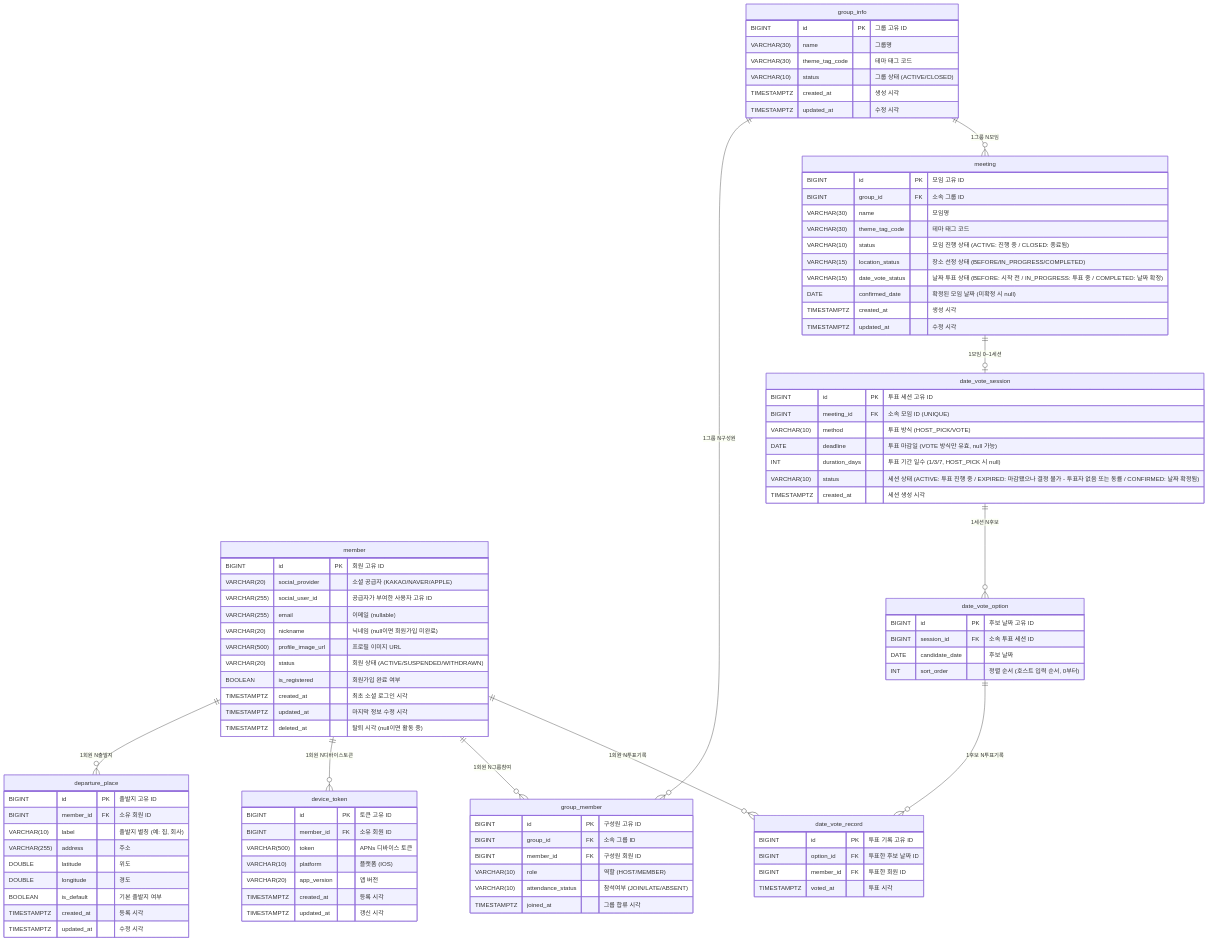
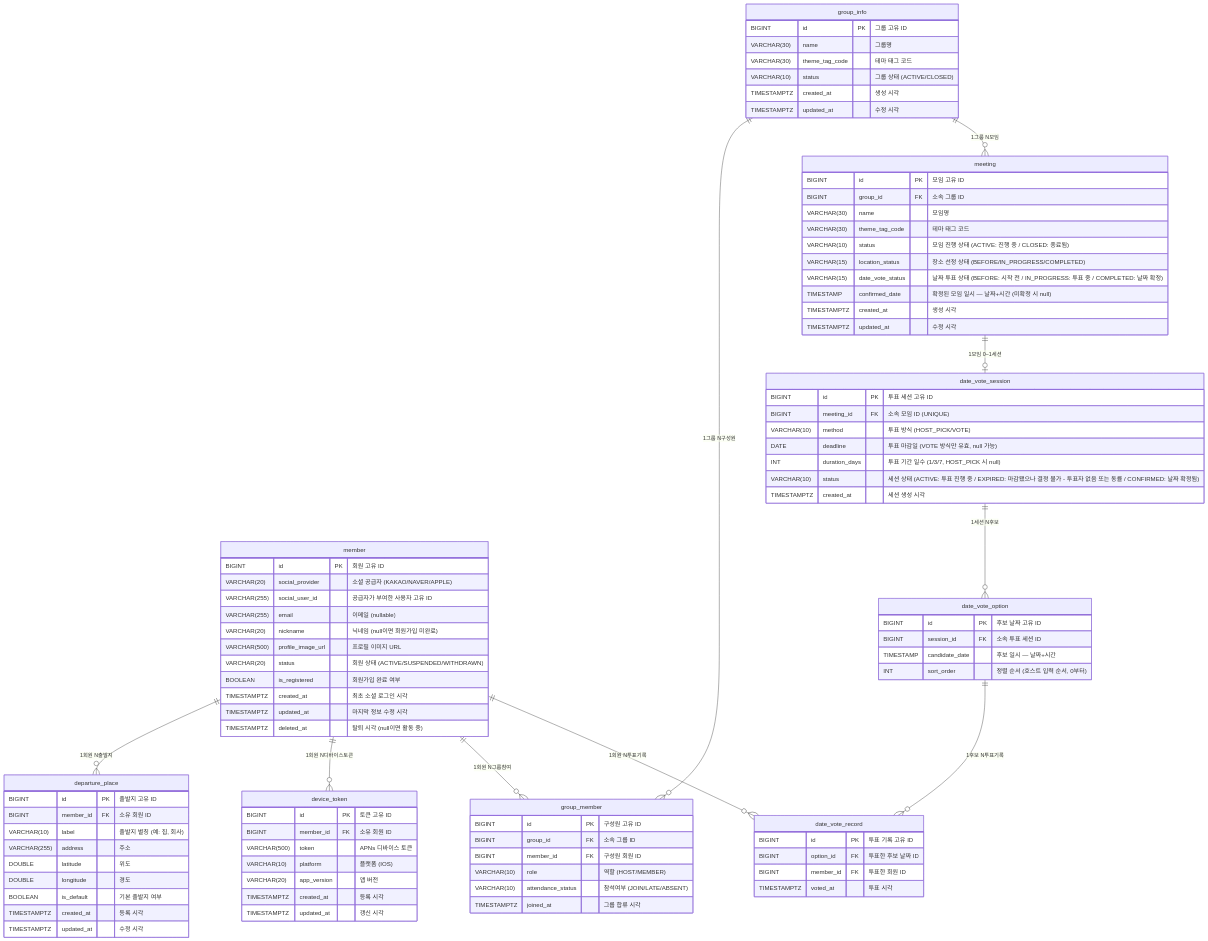
The diagram in aidlc-docs/construction/review/fc-7/erd.md (DDD-Community/DDD-13-IOS2-Server), drawn with Mermaid before and after one commit. The commit also changed 20 other files, not shown here.

```diff
--- a/aidlc-docs/construction/review/fc-7/erd.md
+++ b/aidlc-docs/construction/review/fc-7/erd.md
@@ -70,7 +70,7 @@
         VARCHAR(10) status "모임 진행 상태 (ACTIVE: 진행 중 / CLOSED: 종료됨)"
         VARCHAR(15) location_status "장소 선정 상태 (BEFORE/IN_PROGRESS/COMPLETED)"
         VARCHAR(15) date_vote_status "날짜 투표 상태 (BEFORE: 시작 전 / IN_PROGRESS: 투표 중 / COMPLETED: 날짜 확정)"
-        DATE confirmed_date "확정된 모임 날짜 (미확정 시 null)"
+        TIMESTAMP confirmed_date "확정된 모임 일시 — 날짜+시간 (미확정 시 null)"
         TIMESTAMPTZ created_at "생성 시각"
         TIMESTAMPTZ updated_at "수정 시각"
     }
@@ -90,7 +90,7 @@
     date_vote_option {
         BIGINT id PK "후보 날짜 고유 ID"
         BIGINT session_id FK "소속 투표 세션 ID"
-        DATE candidate_date "후보 날짜"
+        TIMESTAMP candidate_date "후보 일시 — 날짜+시간"
         INT sort_order "정렬 순서 (호스트 입력 순서, 0부터)"
     }
 
```
